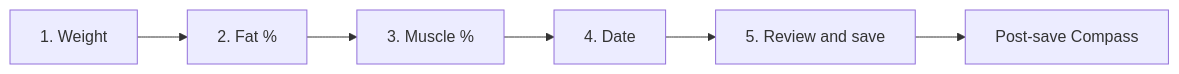
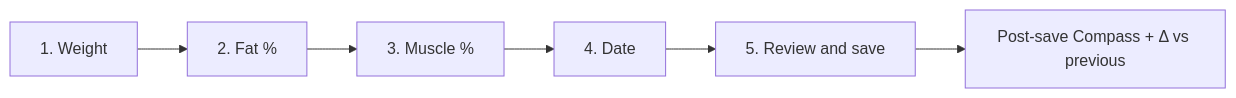
Before and after one commit to didac-crst/body-history: the third of 5 diagrams in docs/architecture.md, drawn with Mermaid. The commit also changed other lines of this file and 30 other files, not shown here.

````diff
--- a/docs/architecture.md
+++ b/docs/architecture.md
@@ -50,8 +62,8 @@
 ```mermaid
 flowchart LR
   w["1. Weight"] --> f["2. Fat %"]
   f --> m["3. Muscle %"]
   m --> d["4. Date"]
   d --> r["5. Review and save"]
-  r --> c["Post-save Compass"]
+  r --> c["Post-save Compass + Δ vs previous"]
 ```
````
